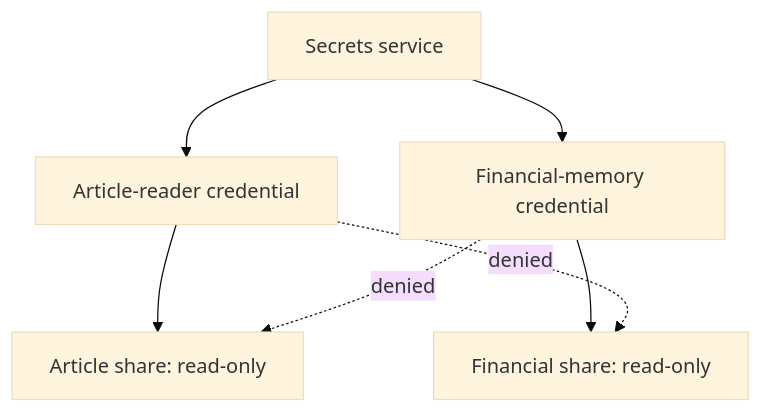
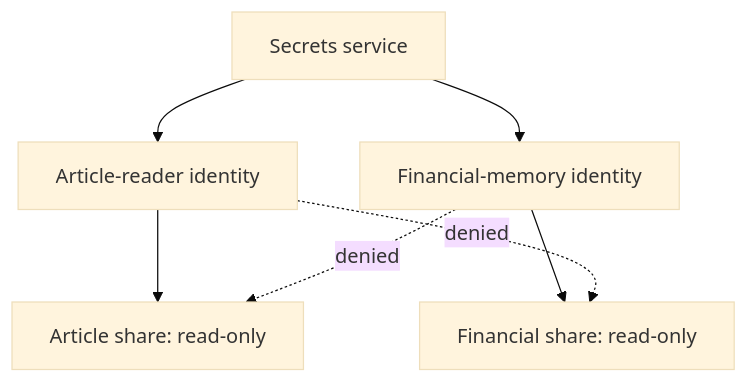
The second of 4 diagrams in notes/articles/2026-09-19-a-folder-is-not-a-permission-boundary.md (starodubtsevconsulting/ai-fleas), drawn with Mermaid (base theme) before and after one commit. The commit also changed other lines of this file and 9 other files, not shown here.

Commit message:
Revise NAS agent memory article draft

````diff
--- a/notes/articles/2026-09-19-a-folder-is-not-a-permission-boundary.md
+++ b/notes/articles/2026-09-19-a-folder-is-not-a-permission-boundary.md
@@ -47,13 +43,13 @@
 ```mermaid
 flowchart TD
     SM[Secrets service]
 
-    SM --> IA[Article-reader credential]
-    SM --> IB[Financial-memory credential]
+    SM --> IA[Article-reader identity]
+    SM --> IB[Financial-memory identity]
 
     IA --> SA[Article share: read-only]
     IB --> SB[Financial share: read-only]
 
     IA -. denied .-> SB
     IB -. denied .-> SA
 ```
````
